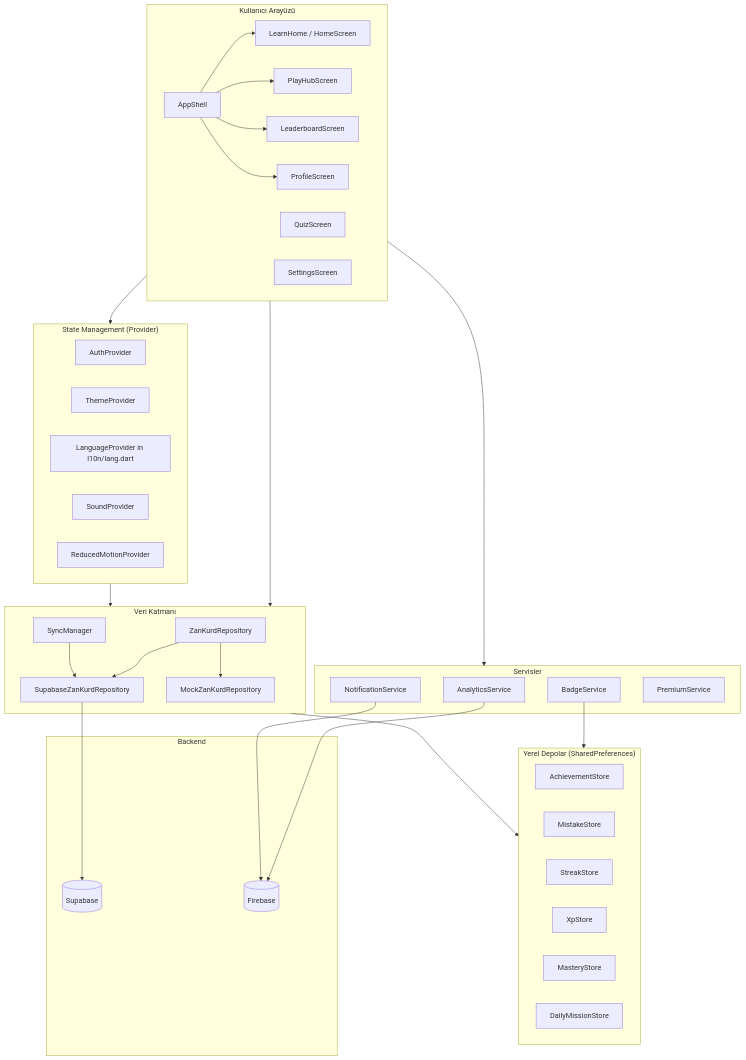
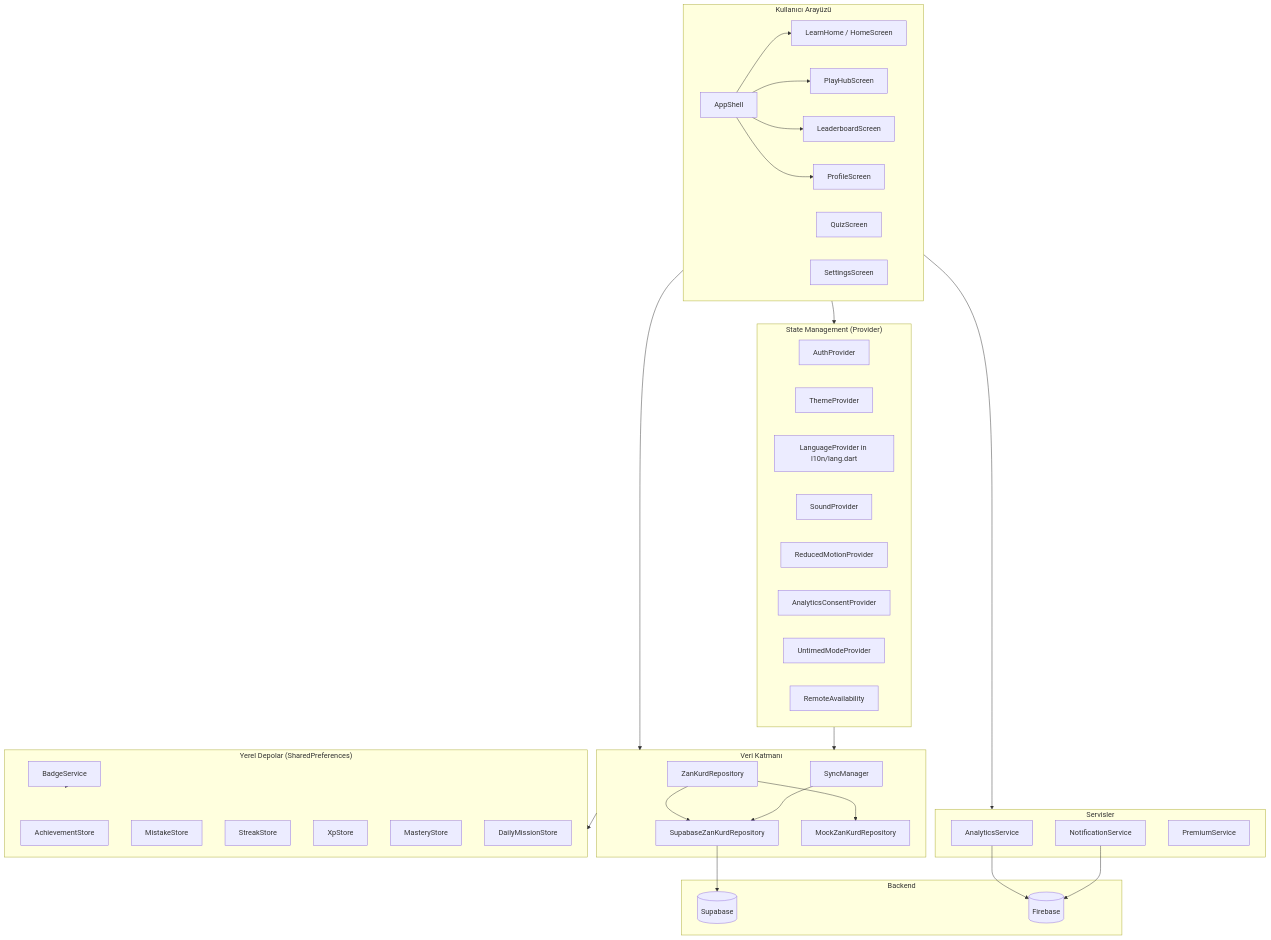
Before and after one commit to mordemnisebin/zankurd: the diagram in zankurd_mobile/ARCHITECTURE.md, drawn with Mermaid. The commit also changed other lines of this file and 73 other files, not shown here.

````diff
--- a/zankurd_mobile/ARCHITECTURE.md
+++ b/zankurd_mobile/ARCHITECTURE.md
@@ -15,68 +15,71 @@
 ```mermaid
 graph TB
     subgraph UI["Kullanıcı Arayüzü"]
         AS[AppShell]
         LH[LearnHome / HomeScreen]
         PH[PlayHubScreen]
         QS[QuizScreen]
         PS[ProfileScreen]
         LS[LeaderboardScreen]
         SS[SettingsScreen]
     end
 
     subgraph Providers["State Management (Provider)"]
         AP[AuthProvider]
         TP[ThemeProvider]
         LP[LanguageProvider in l10n/lang.dart]
         SP[SoundProvider]
         RM[ReducedMotionProvider]
+        AC[AnalyticsConsentProvider]
+        UM[UntimedModeProvider]
+        RA[RemoteAvailability]
     end
 
     subgraph Services["Servisler"]
         ANS[AnalyticsService]
         NS[NotificationService]
-        BS[BadgeService]
         PRE[PremiumService]
     end
 
     subgraph Data["Veri Katmanı"]
         REPO[ZanKurdRepository]
         SUPA[SupabaseZanKurdRepository]
         MOCK[MockZanKurdRepository]
         SM[SyncManager]
     end
 
     subgraph Stores["Yerel Depolar (SharedPreferences)"]
         AS2[AchievementStore]
         MS[MistakeStore]
         SS2[StreakStore]
         XS[XpStore]
         MAS[MasteryStore]
         DMS[DailyMissionStore]
+        BD[BadgeService]
     end
 
     subgraph Backend["Backend"]
         SB[(Supabase)]
         FB[(Firebase)]
     end
 
     AS --> LH
     AS --> PH
     AS --> LS
     AS --> PS
     UI --> Providers
     UI --> Data
     UI --> Services
     Providers --> Data
 
     REPO --> SUPA
     REPO --> MOCK
     SUPA --> SB
     SM --> SUPA
 
     ANS --> FB
-    BS --> Stores
+    BD --> Stores
     NS --> FB
 
     Data --> Stores
 ```
````
